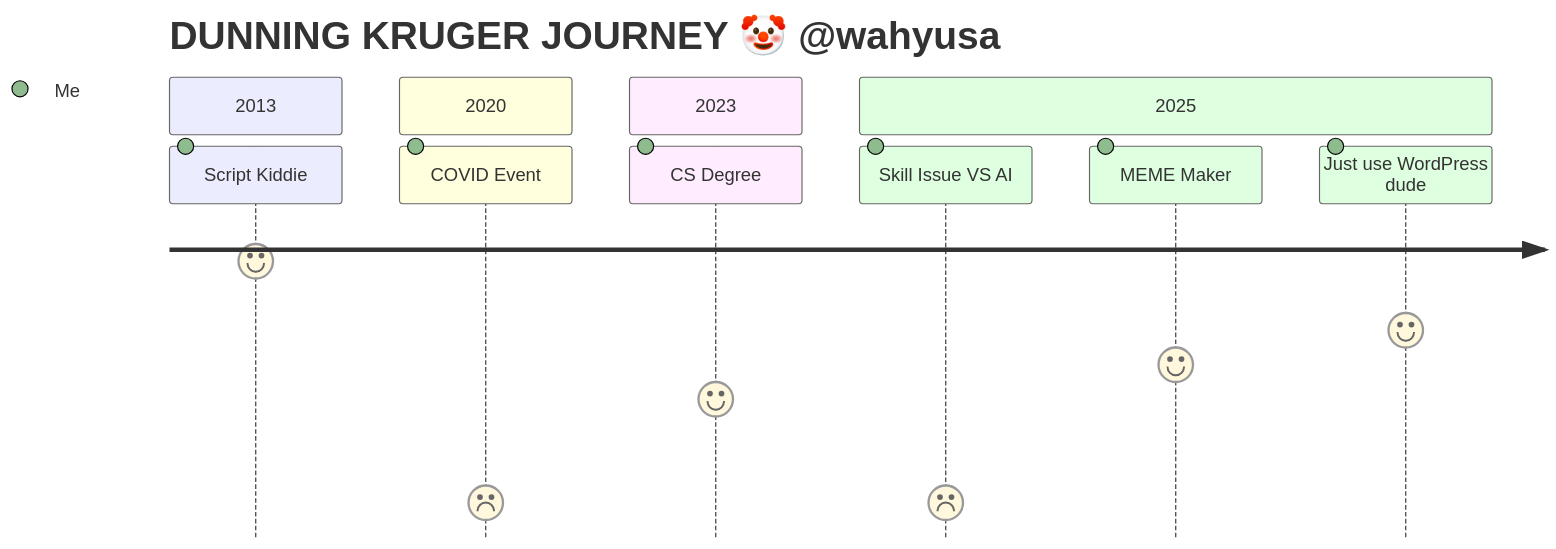
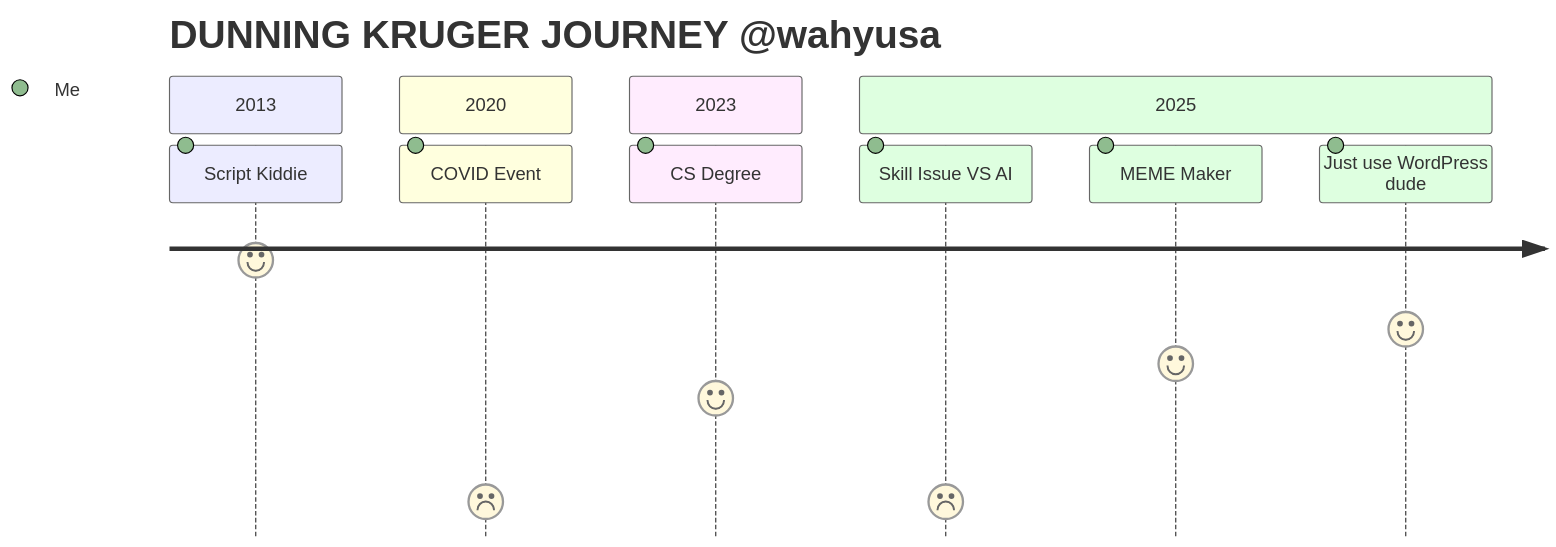
The diagram in README.md (wahyusa/wahyusa), drawn with Mermaid before and after one commit.

Commit message:
docs: remove offensive emoji

````diff
--- a/README.md
+++ b/README.md
@@ -6,14 +6,14 @@
 ```mermaid
 journey
-    title DUNNING KRUGER JOURNEY 🤡 @wahyusa
+    title DUNNING KRUGER JOURNEY @wahyusa
     section 2013
       Script Kiddie: 8: Me
     section 2020
       COVID Event: 1: Me
     section 2023
       CS Degree: 4: Me
     section 2025
       Skill Issue VS AI : 1: Me
       MEME Maker : 5 : Me
       Just use WordPress dude : 6 : Me
 ```
````
